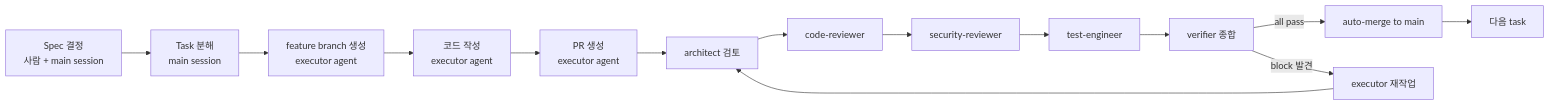
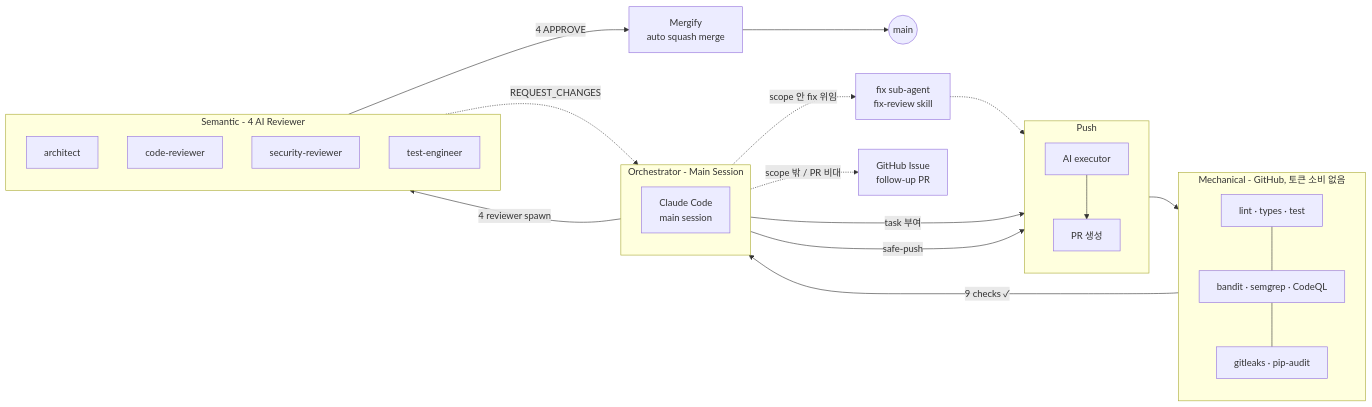
Before and after one commit to simsimhugh/macro-logbot: the diagram in docs/process/03-개발-프로세스.md, drawn with Mermaid. The commit also changed other lines of this file and 6 other files, not shown here.

First line of the commit message:
docs(process): AI DLC v2 — Mechanical/Semantic 분업 + fix cycle + follow-up Issue (#91)

````diff
--- a/docs/process/03-개발-프로세스.md
+++ b/docs/process/03-개발-프로세스.md
@@ -18,16 +30,44 @@
 ```mermaid
 flowchart LR
-    spec[Spec 결정<br/>사람 + main session] --> task[Task 분해<br/>main session]
-    task --> branch[feature branch 생성<br/>executor agent]
-    branch --> code[코드 작성<br/>executor agent]
-    code --> pr[PR 생성<br/>executor agent]
-    pr --> arch[architect 검토]
-    arch --> cr[code-reviewer]
-    cr --> sec[security-reviewer]
-    sec --> test[test-engineer]
-    test --> verifier[verifier 종합]
-    verifier -->|all pass| merge[auto-merge to main]
-    verifier -->|block 발견| fix[executor 재작업]
-    fix --> arch
-    merge --> next[다음 task]
+    subgraph orchestration["Orchestrator - Main Session"]
+        direction TB
+        orch[Claude Code<br/>main session]
+    end
+
+    subgraph push["Push"]
+        direction TB
+        exec[AI executor] --> pr[PR 생성]
+    end
+
+    subgraph mechanical["Mechanical - GitHub, 토큰 소비 없음"]
+        direction TB
+        ci1[lint · types · test]
+        ci2[bandit · semgrep · CodeQL]
+        ci3[gitleaks · pip-audit]
+        ci1 --- ci2 --- ci3
+    end
+
+    subgraph semantic["Semantic - 4 AI Reviewer"]
+        direction TB
+        r1[architect]
+        r2[code-reviewer]
+        r3[security-reviewer]
+        r4[test-engineer]
+    end
+
+    fix[fix sub-agent<br/>fix-review skill]
+    issue[GitHub Issue<br/>follow-up PR]
+    mergify[Mergify<br/>auto squash merge]
+
+    orch -->|task 부여| exec
+    orch -->|safe-push| pr
+    pr --> mechanical
+    mechanical -->|9 checks ✓| orch
+    orch -->|4 reviewer spawn| semantic
+    semantic -->|4 APPROVE| mergify
+    semantic -.->|REQUEST_CHANGES| orch
+    orch -.->|scope 안 fix 위임| fix
+    orch -.->|scope 밖 / PR 비대| issue
+    fix -.-> exec
+    mergify --> main((main))
 ```
````
